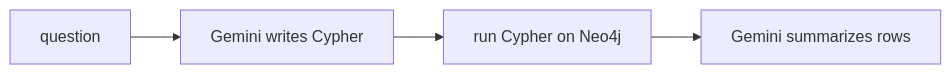
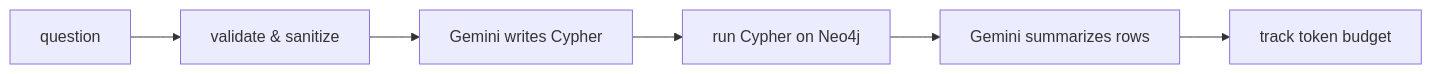
Before and after one commit to AbdullahYousaf-13/Hybrid-Vector-Graph-Rag: the third of 3 diagrams in docs/Flow.md, drawn with Mermaid. The commit also changed other lines of this file and 2 other files, not shown here.

````diff
--- a/docs/Flow.md
+++ b/docs/Flow.md
@@ -95,6 +103,8 @@
 ```mermaid
 flowchart LR
-    Q[question] --> C[Gemini writes Cypher]
+    Q[question] --> V[validate & sanitize]
+    V --> C[Gemini writes Cypher]
     C --> R[run Cypher on Neo4j]
     R --> A[Gemini summarizes rows]
+    A --> B[track token budget]
 ```
````
